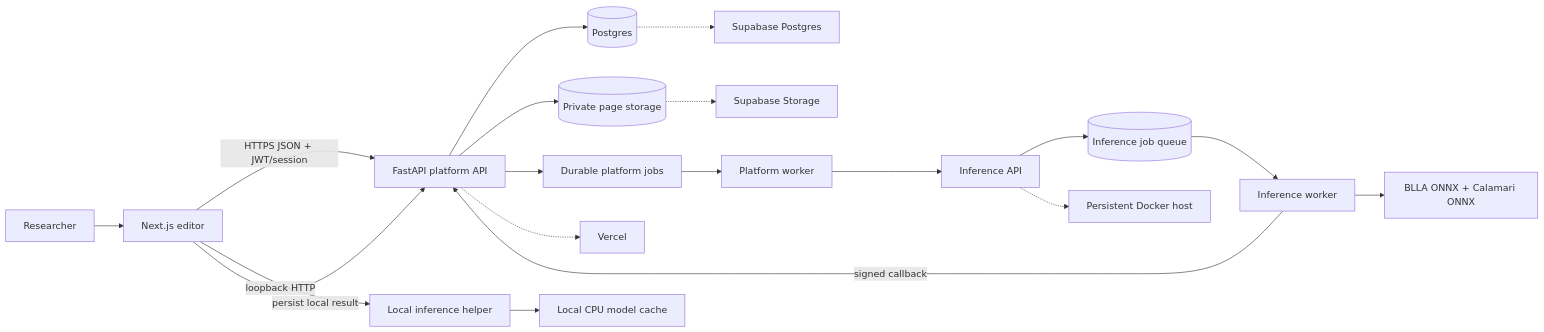
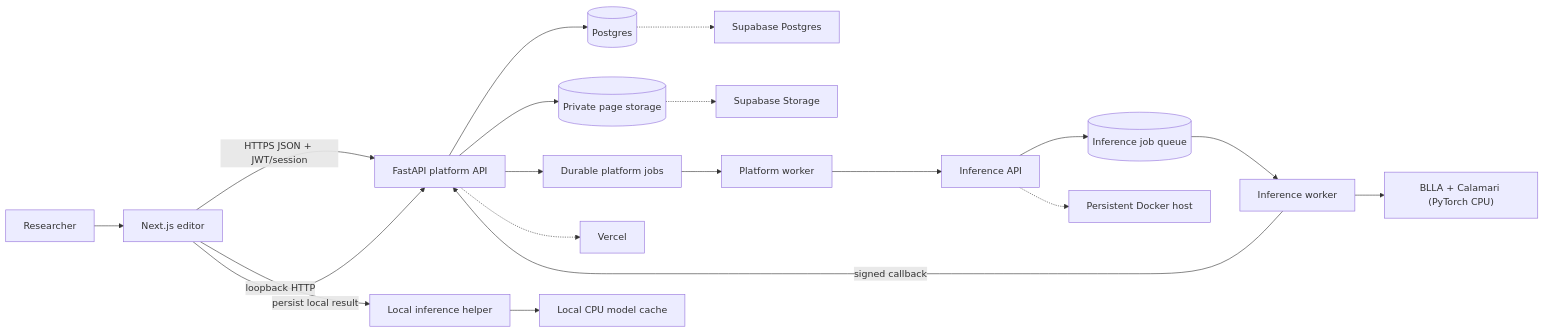
One commit to kkkamur07/greekOCR changed the first of 4 diagrams in docs/architecture.md. Above: the diagram before and after it, drawn with Mermaid. The commit also changed 9 other files, not shown here.

````diff
--- a/docs/architecture.md
+++ b/docs/architecture.md
@@ -9,21 +9,21 @@
 ```mermaid
 flowchart LR
     Researcher["Researcher"] --> Browser["Next.js editor"]
     Browser -->|"HTTPS JSON + JWT/session"| API["FastAPI platform API"]
     API --> DB[("Postgres")]
     API --> Storage[("Private page storage")]
     API --> Jobs["Durable platform jobs"]
     Jobs --> PlatformWorker["Platform worker"]
     PlatformWorker --> InferenceAPI["Inference API"]
     InferenceAPI --> InferenceJobs[("Inference job queue")]
     InferenceJobs --> InferenceWorker["Inference worker"]
-    InferenceWorker --> Models["BLLA ONNX + Calamari ONNX"]
+    InferenceWorker --> Models["BLLA + Calamari (PyTorch CPU)"]
     InferenceWorker -->|"signed callback"| API
     Browser -->|"loopback HTTP"| Helper["Local inference helper"]
     Helper --> LocalModels["Local CPU model cache"]
     Browser -->|"persist local result"| API
     API -.-> Vercel["Vercel"]
     DB -.-> Supabase["Supabase Postgres"]
     Storage -.-> SupabaseStorage["Supabase Storage"]
     InferenceAPI -.-> Docker["Persistent Docker host"]
 ```
````
